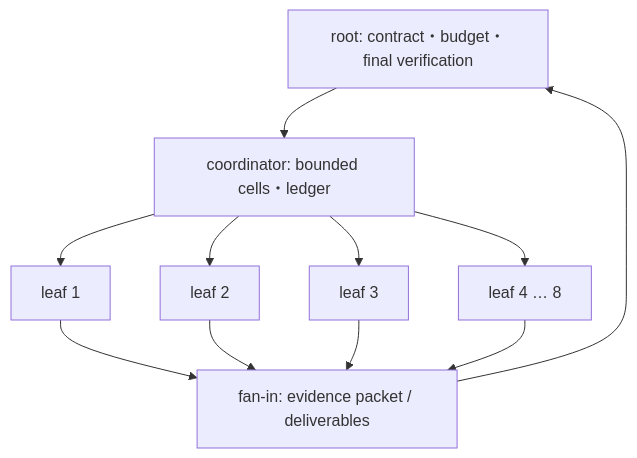
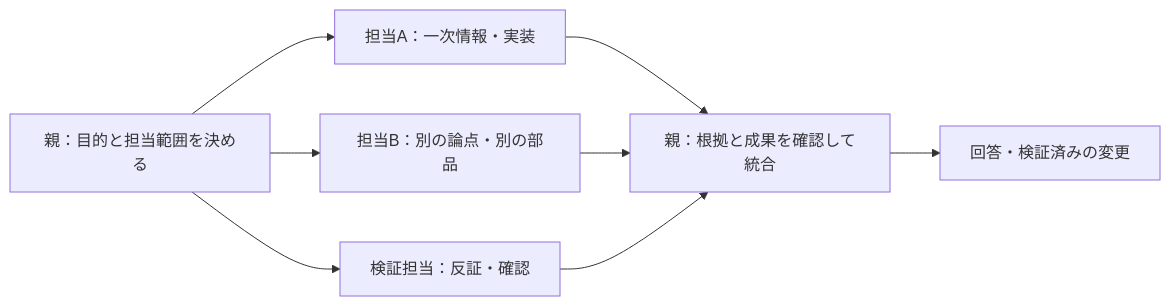
Before and after one commit to dj-thank/luna-research-skills: the diagram in README.md, drawn with Mermaid. The commit also changed other lines of this file, not shown here.

````diff
--- a/README.md
+++ b/README.md
@@ -111,20 +84,10 @@
 ```mermaid
-flowchart TD
-  R["root: contract・budget・final verification"]
-  C["coordinator: bounded cells・ledger"]
-  L1["leaf 1"]
-  L2["leaf 2"]
-  L3["leaf 3"]
-  L4["leaf 4 … 8"]
-  F["fan-in: evidence packet / deliverables"]
-  R --> C
-  C --> L1
-  C --> L2
-  C --> L3
-  C --> L4
-  L1 --> F
-  L2 --> F
-  L3 --> F
-  L4 --> F
-  F --> R
+flowchart LR
+    P["親：目的と担当範囲を決める"] --> A["担当A：一次情報・実装"]
+    P --> B["担当B：別の論点・別の部品"]
+    P --> C["検証担当：反証・確認"]
+    A --> R["親：根拠と成果を確認して統合"]
+    B --> R
+    C --> R
+    R --> O["回答・検証済みの変更"]
 ```
````
